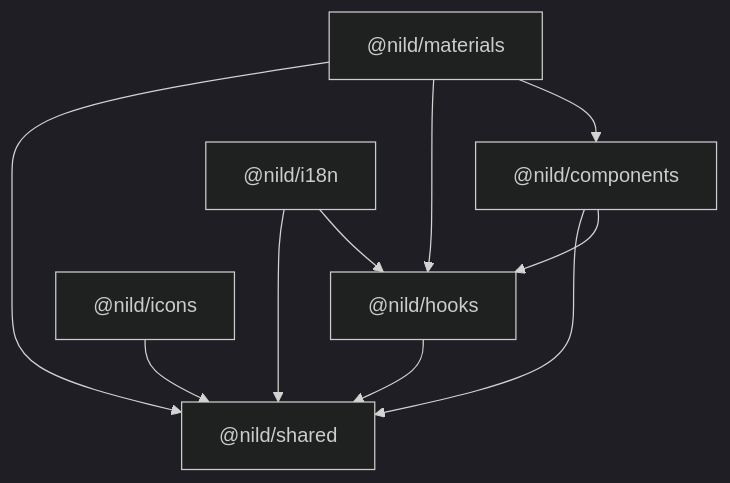
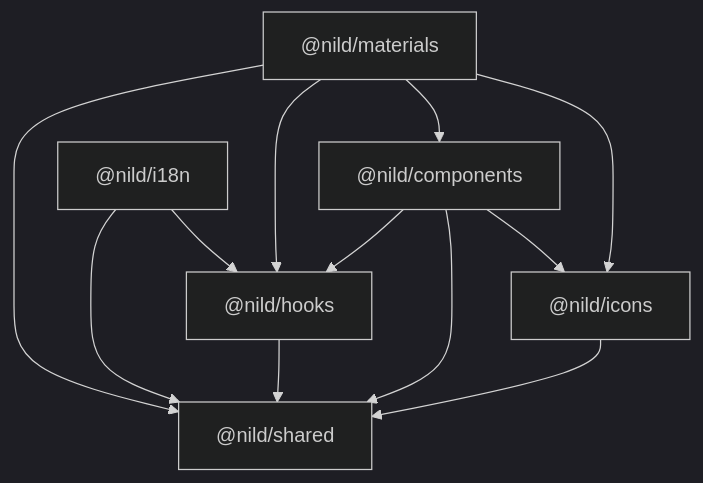
The diagram in docs/zh-CN/guide/quick-start.md (nil-design/nil-design), drawn with Mermaid (dark theme) before and after one commit.

Commit message:
docs: update the dependency graph

````diff
--- a/docs/zh-CN/guide/quick-start.md
+++ b/docs/zh-CN/guide/quick-start.md
@@ -14,19 +14,21 @@
 ```mermaid
 flowchart TD
   components["@nild/components"]
   hooks["@nild/hooks"]
   i18n["@nild/i18n"]
   icons["@nild/icons"]
   materials["@nild/materials"]
   shared["@nild/shared"]
 
   hooks --> shared
   i18n --> shared
   i18n --> hooks
   icons --> shared
+  components --> hooks
   components --> shared
-  components --> hooks
+  components --> icons
   materials --> shared
   materials --> hooks
   materials --> components
+  materials --> icons
 ```
````
